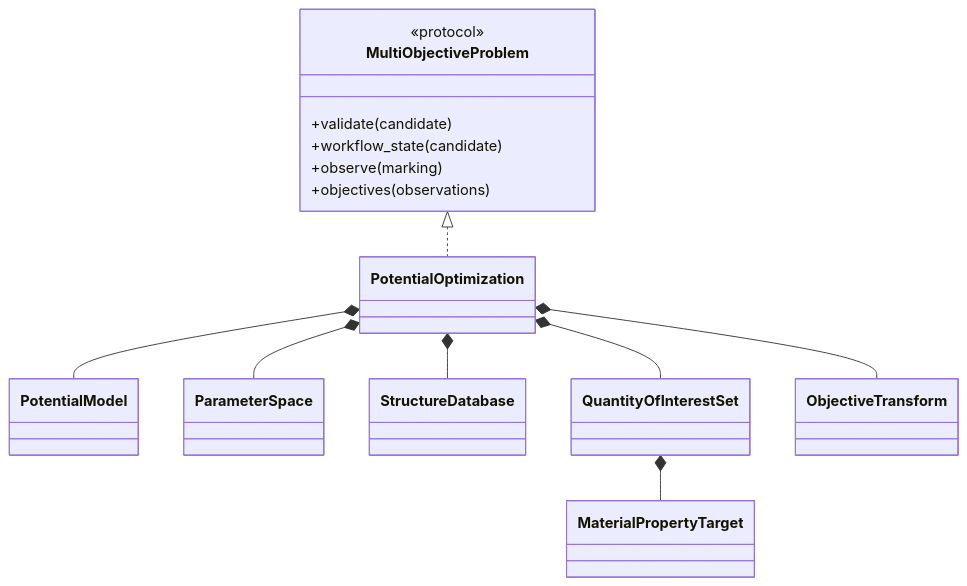
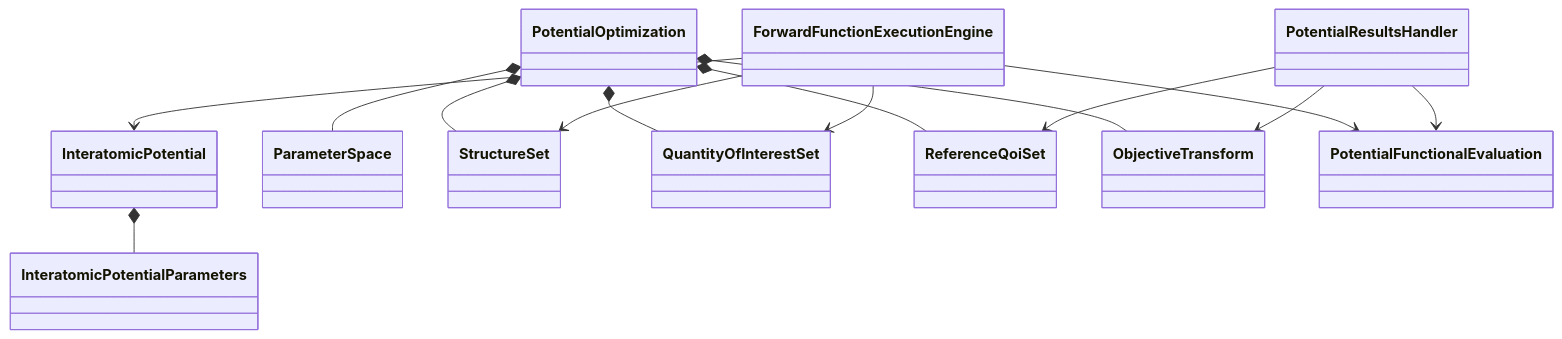
Before and after one commit to eragasa/projectkoios-frankenstein: the first of 2 diagrams in docs/architecture/potential-optimization/implementation/index.md, drawn with Mermaid. The commit also changed other lines of this file and 385 other files, not shown here.

````diff
--- a/docs/architecture/potential-optimization/implementation/index.md
+++ b/docs/architecture/potential-optimization/implementation/index.md
@@ -5,24 +5,27 @@
 ```mermaid
 classDiagram
-    class MultiObjectiveProblem {
-        <<protocol>>
-        +validate(candidate)
-        +workflow_state(candidate)
-        +observe(marking)
-        +objectives(observations)
-    }
     class PotentialOptimization
-    class PotentialModel
+    class InteratomicPotential
+    class InteratomicPotentialParameters
     class ParameterSpace
-    class StructureDatabase
+    class StructureSet
     class QuantityOfInterestSet
-    class MaterialPropertyTarget
+    class ReferenceQoiSet
     class ObjectiveTransform
-    MultiObjectiveProblem <|.. PotentialOptimization
-    PotentialOptimization *-- PotentialModel
+    class ForwardFunctionExecutionEngine
+    class PotentialFunctionalEvaluation
+    class PotentialResultsHandler
     PotentialOptimization *-- ParameterSpace
-    PotentialOptimization *-- StructureDatabase
+    PotentialOptimization *-- StructureSet
     PotentialOptimization *-- QuantityOfInterestSet
-    QuantityOfInterestSet *-- MaterialPropertyTarget
+    PotentialOptimization *-- ReferenceQoiSet
     PotentialOptimization *-- ObjectiveTransform
+    InteratomicPotential *-- InteratomicPotentialParameters
+    ForwardFunctionExecutionEngine --> InteratomicPotential
+    ForwardFunctionExecutionEngine --> StructureSet
+    ForwardFunctionExecutionEngine --> QuantityOfInterestSet
+    ForwardFunctionExecutionEngine --> PotentialFunctionalEvaluation
+    PotentialResultsHandler --> PotentialFunctionalEvaluation
+    PotentialResultsHandler --> ReferenceQoiSet
+    PotentialResultsHandler --> ObjectiveTransform
 ```
````
